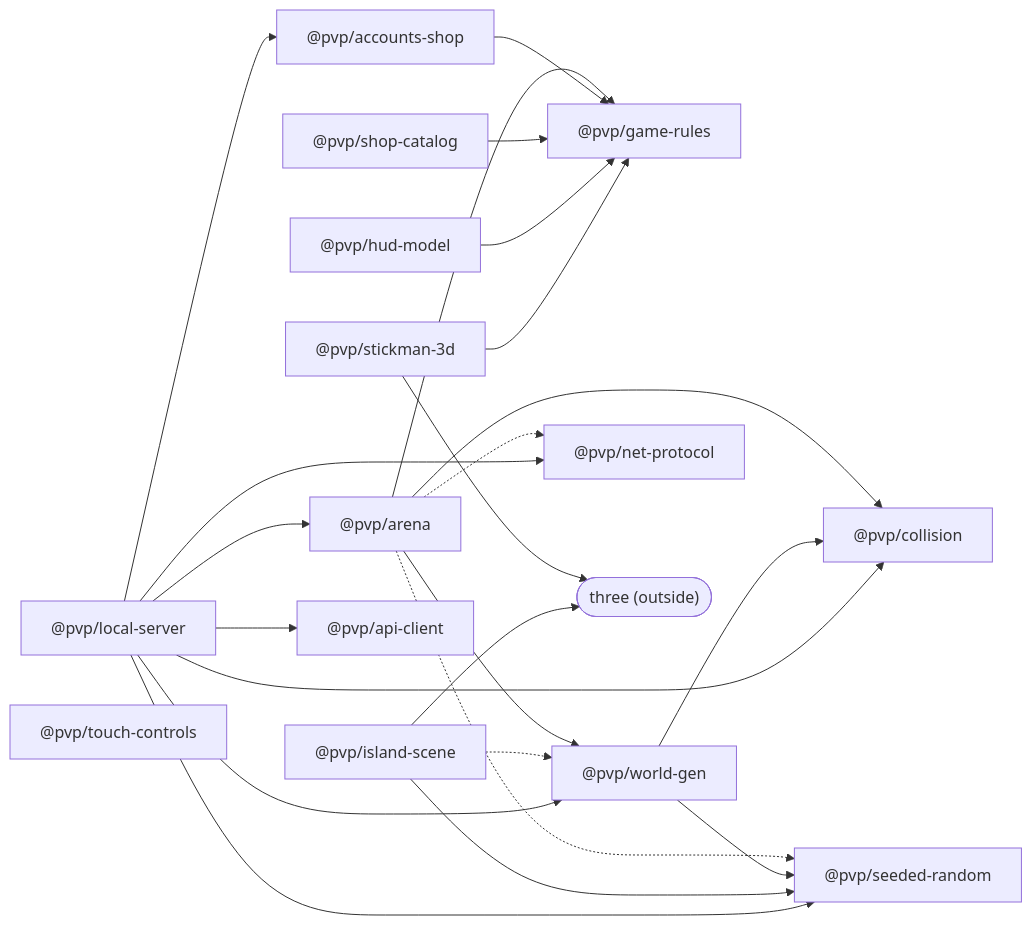
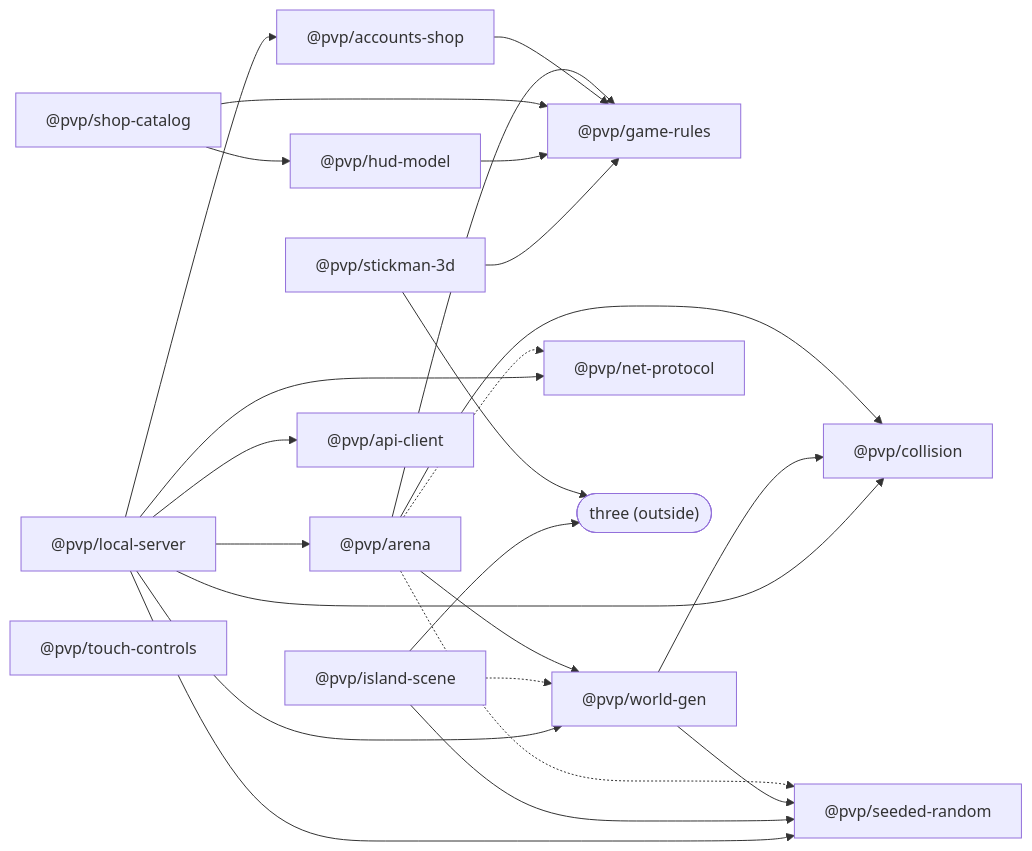
The diagram in CATALOG.md (henriquemedeiros23-dev/pvp), drawn with Mermaid before and after one commit. The commit also changed other lines of this file and 25 other files, not shown here.

````diff
--- a/CATALOG.md
+++ b/CATALOG.md
@@ -15,27 +15,28 @@
 ```mermaid
 graph LR
   arena["@pvp/arena"] --> collision["@pvp/collision"]
   arena --> rules["@pvp/game-rules"]
   arena --> worldgen["@pvp/world-gen"]
   arena -.-> random["@pvp/seeded-random"]
   arena -.-> protocol["@pvp/net-protocol"]
   worldgen --> collision
   worldgen --> random
   accounts["@pvp/accounts-shop"] --> rules
   shop["@pvp/shop-catalog"] --> rules
+  shop --> hud
   hud["@pvp/hud-model"] --> rules
   stickman["@pvp/stickman-3d"] --> rules
   stickman --> three(["three (outside)"])
   scene["@pvp/island-scene"] --> random
   scene --> three
   scene -.-> worldgen
   api["@pvp/api-client"]
   local["@pvp/local-server"] --> arena
   local --> accounts
   local --> api
   local --> protocol
   local --> worldgen
   local --> random
   local --> collision
   controls["@pvp/touch-controls"]
 ```
````
